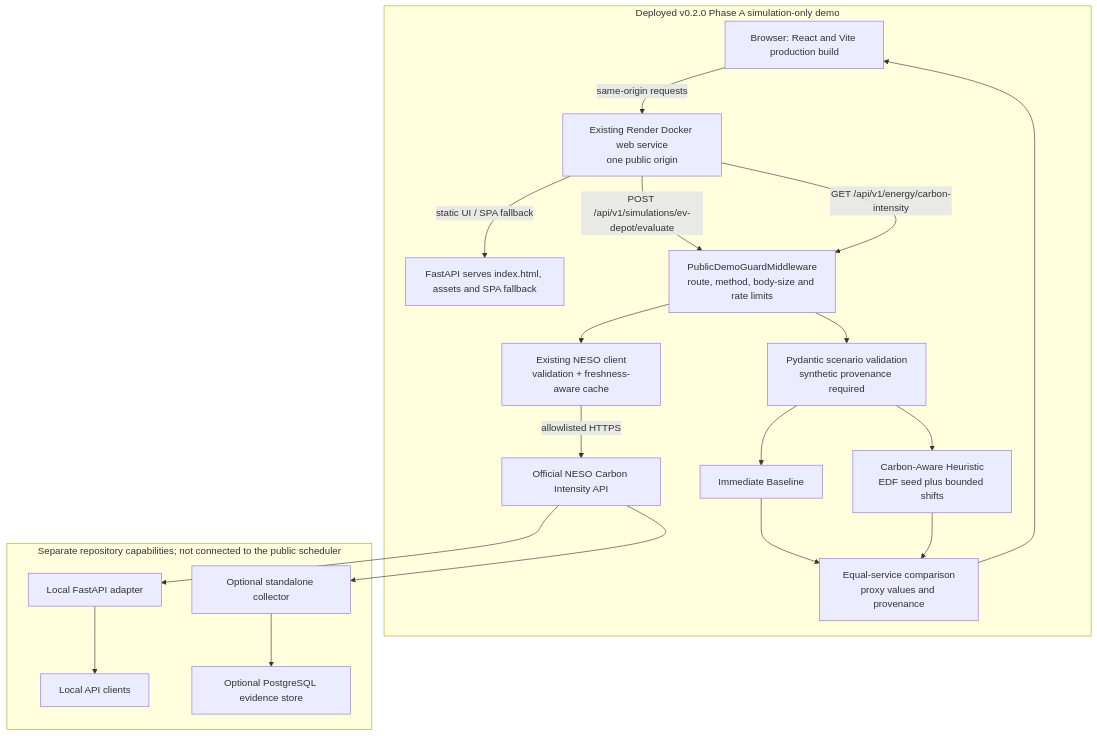
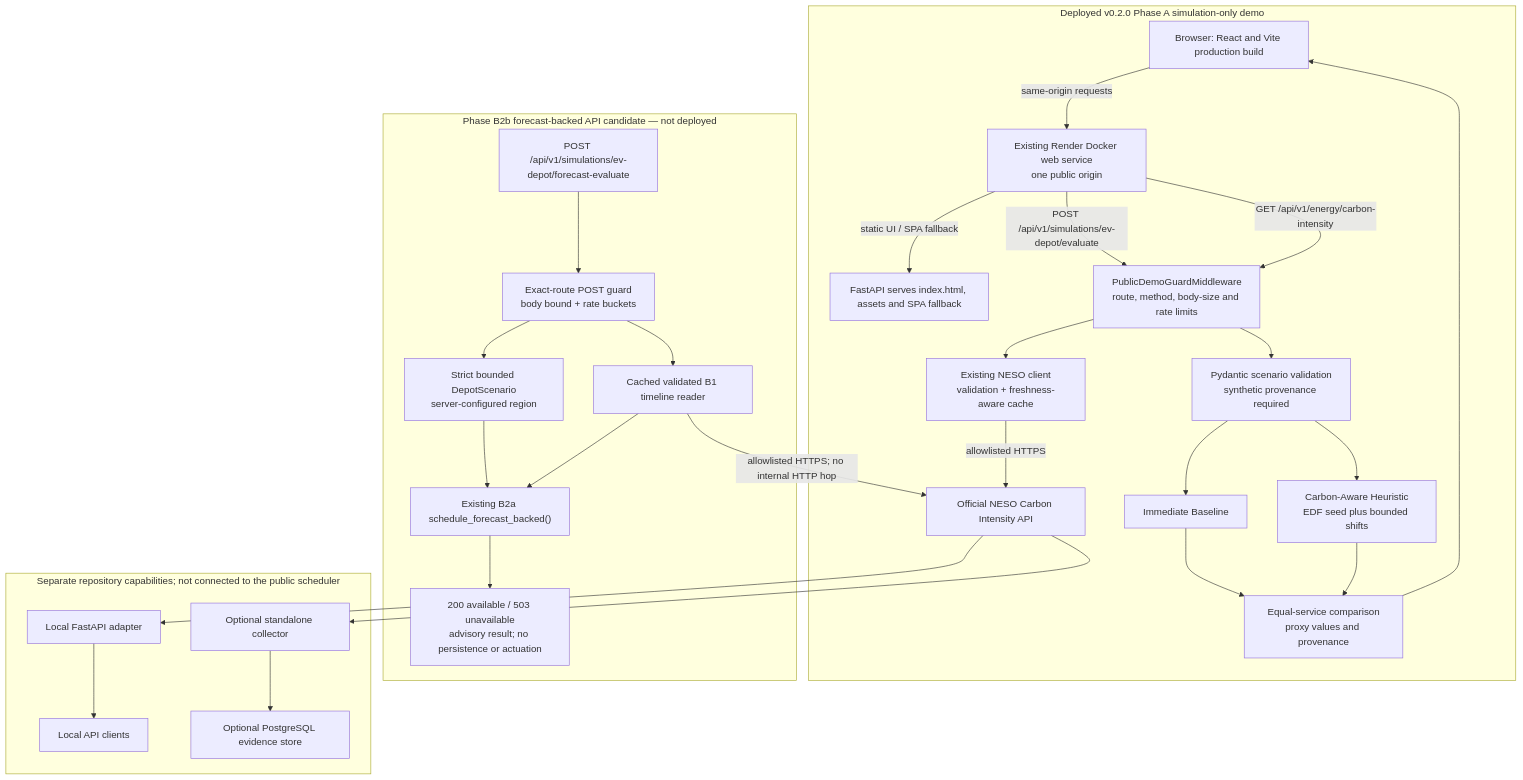
One commit to vlad12-k/green-energy-dispatch-dashboard changed the diagram in docs/ARCHITECTURE.md. Above: the diagram before and after it, drawn with Mermaid. The commit also changed other lines of this file and 13 other files, not shown here.

Commit message:
feat(api): add forecast-backed EV depot scheduling (#22)

````diff
--- a/docs/ARCHITECTURE.md
+++ b/docs/ARCHITECTURE.md
@@ -15,35 +17,45 @@
 ```mermaid
 flowchart TB
   subgraph Demo["Deployed v0.2.0 Phase A simulation-only demo"]
     Browser["Browser: React and Vite production build"]
     Service["Existing Render Docker web service<br/>one public origin"]
     API["FastAPI serves index.html, assets and SPA fallback"]
     Guard["PublicDemoGuardMiddleware<br/>route, method, body-size and rate limits"]
     Schema["Pydantic scenario validation<br/>synthetic provenance required"]
     Baseline["Immediate Baseline"]
     Heuristic["Carbon-Aware Heuristic<br/>EDF seed plus bounded shifts"]
     Compare["Equal-service comparison<br/>proxy values and provenance"]
     LiveReader["Existing NESO client<br/>validation + freshness-aware cache"]
     Browser -->|"same-origin requests"| Service
     Service -->|"static UI / SPA fallback"| API
     Service -->|"POST /api/v1/simulations/ev-depot/evaluate"| Guard
     Service -->|"GET /api/v1/energy/carbon-intensity"| Guard
     Guard --> Schema
     Guard --> LiveReader
     LiveReader -->|"allowlisted HTTPS"| NesoFeed
     Schema --> Baseline
     Schema --> Heuristic
     Baseline --> Compare
     Heuristic --> Compare
     Compare --> Browser
   end
 
   NesoFeed["Official NESO Carbon Intensity API"]
 
+  subgraph Candidate["Phase B2b forecast-backed API candidate — not deployed"]
+    ForecastAPI["POST /api/v1/simulations/ev-depot/forecast-evaluate"] --> CandidateGuard["Exact-route POST guard<br/>body bound + rate buckets"]
+    CandidateGuard --> RequestScenario["Strict bounded DepotScenario<br/>server-configured region"]
+    CandidateGuard --> ForecastReader["Cached validated B1 timeline reader"]
+    ForecastReader -->|"allowlisted HTTPS; no internal HTTP hop"| NesoFeed
+    RequestScenario --> ForecastScheduler["Existing B2a schedule_forecast_backed()"]
+    ForecastReader --> ForecastScheduler
+    ForecastScheduler --> AdvisoryResult["200 available / 503 unavailable<br/>advisory result; no persistence or actuation"]
+  end
+
   subgraph Local["Separate repository capabilities; not connected to the public scheduler"]
     NesoFeed --> Adapter["Local FastAPI adapter"]
     Adapter --> Clients["Local API clients"]
     NesoFeed --> Collector["Optional standalone collector"]
     Collector --> Store["Optional PostgreSQL evidence store"]
   end
 ```
````
